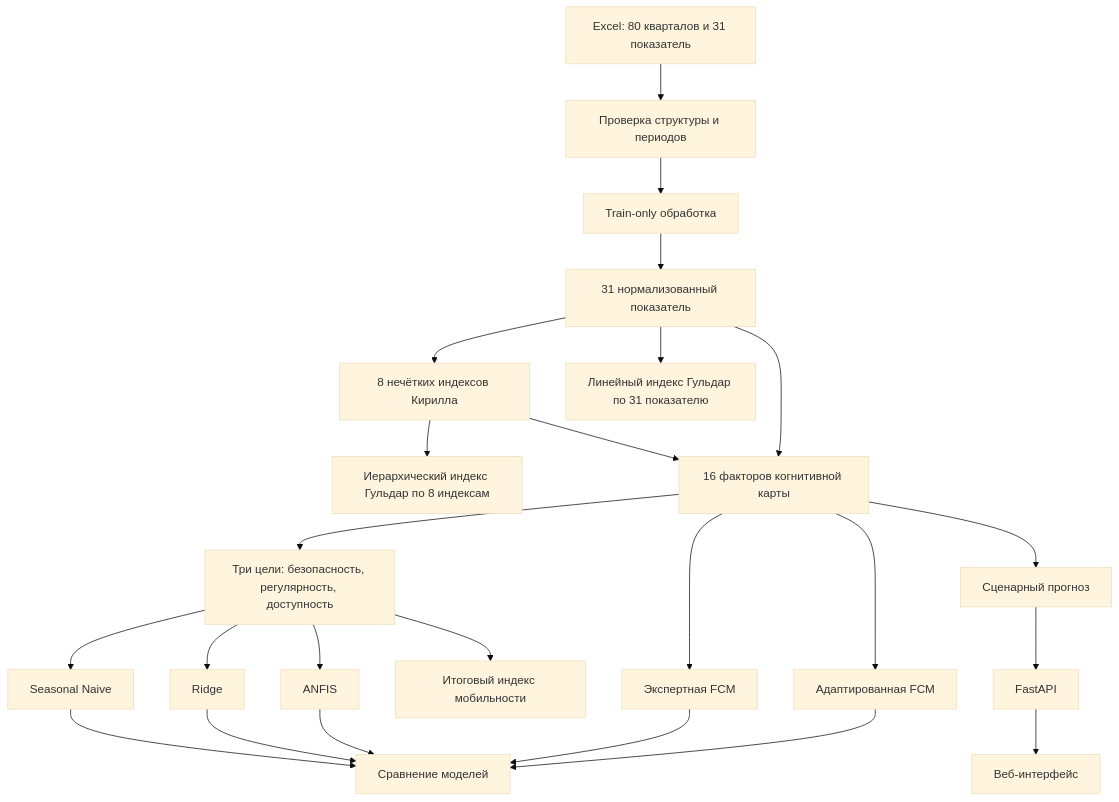
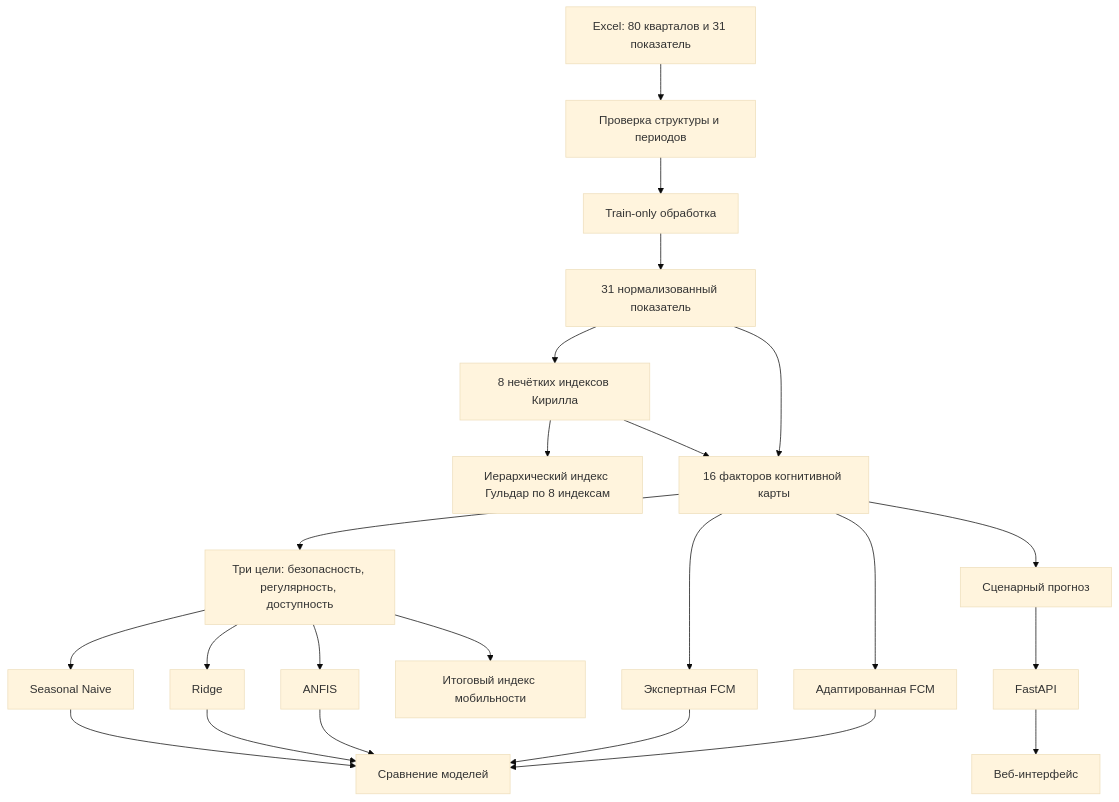
The diagram in описание.md (Cosmic-Man/neuro_simulator_smolensk), drawn with Mermaid (base theme) before and after one commit. The commit also changed other lines of this file and 12 other files, not shown here.

````diff
--- a/описание.md
+++ b/описание.md
@@ -92,26 +92,25 @@
 ```mermaid
 flowchart TD
     A[Excel: 80 кварталов и 31 показатель] --> B[Проверка структуры и периодов]
     B --> C[Train-only обработка]
     C --> D[31 нормализованный показатель]
     D --> E[8 нечётких индексов Кирилла]
-    D --> F[Линейный индекс Гульдар по 31 показателю]
     E --> G[Иерархический индекс Гульдар по 8 индексам]
     D --> H[16 факторов когнитивной карты]
     E --> H
     H --> I[Три цели: безопасность, регулярность, доступность]
     I --> J[Seasonal Naive]
     I --> K[Ridge]
     I --> L[ANFIS]
     H --> M[Экспертная FCM]
     H --> N[Адаптированная FCM]
     J --> O[Сравнение моделей]
     K --> O
     L --> O
     M --> O
     N --> O
     I --> P[Итоговый индекс мобильности]
     H --> Q[Сценарный прогноз]
     Q --> R[FastAPI]
     R --> S[Веб-интерфейс]
 ```
````
